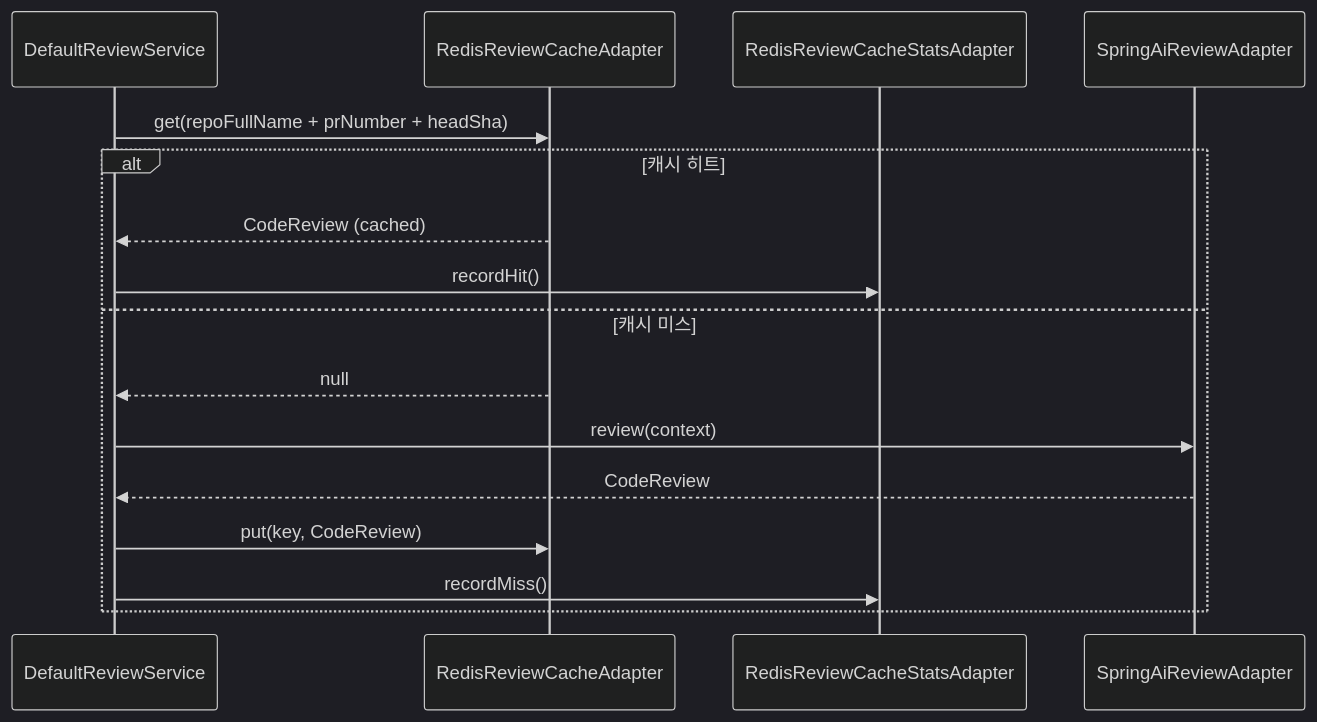
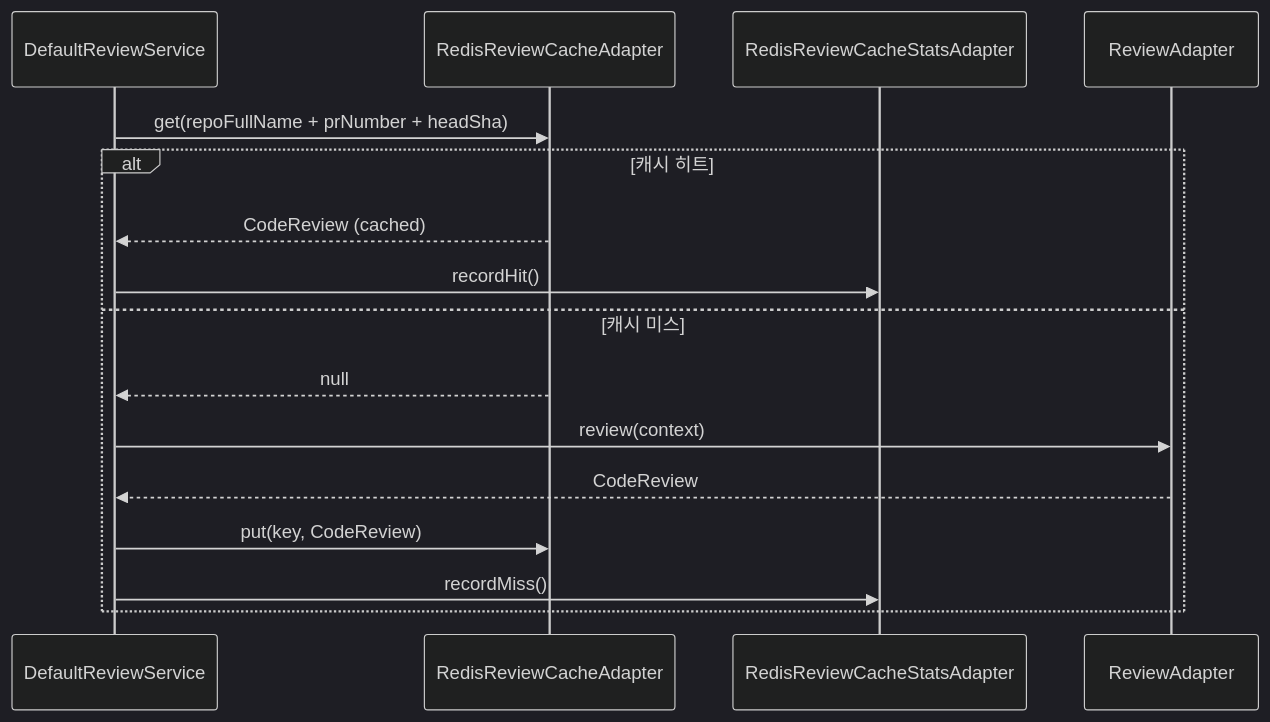
Before and after one commit to stillframe42/ai-code-reviewer: the fourth of 5 diagrams in docs/architecture.md, drawn with Mermaid (dark theme). The commit also changed other lines of this file and 21 other files, not shown here.

````diff
--- a/docs/architecture.md
+++ b/docs/architecture.md
@@ -172,19 +172,19 @@
 ```mermaid
 sequenceDiagram
     participant Svc as DefaultReviewService
     participant Cache as RedisReviewCacheAdapter
     participant Stats as RedisReviewCacheStatsAdapter
-    participant LLM as SpringAiReviewAdapter
+    participant LLM as ReviewAdapter
 
     Svc->>Cache: get(repoFullName + prNumber + headSha)
     alt 캐시 히트
         Cache-->>Svc: CodeReview (cached)
         Svc->>Stats: recordHit()
     else 캐시 미스
         Cache-->>Svc: null
         Svc->>LLM: review(context)
         LLM-->>Svc: CodeReview
         Svc->>Cache: put(key, CodeReview)
         Svc->>Stats: recordMiss()
     end
 ```
````
